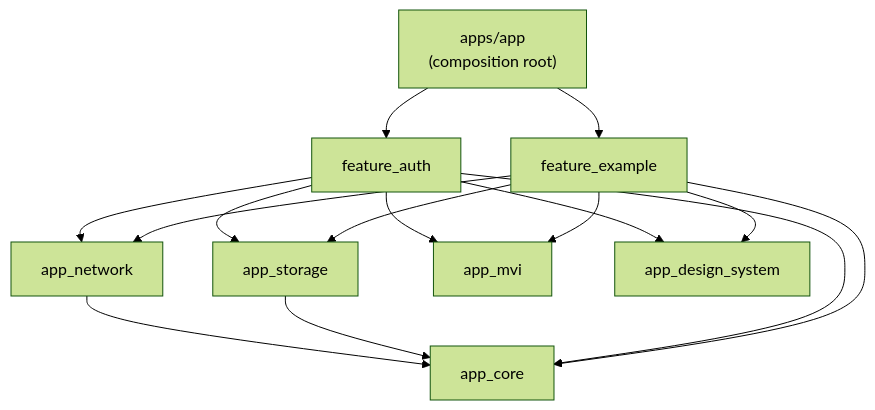
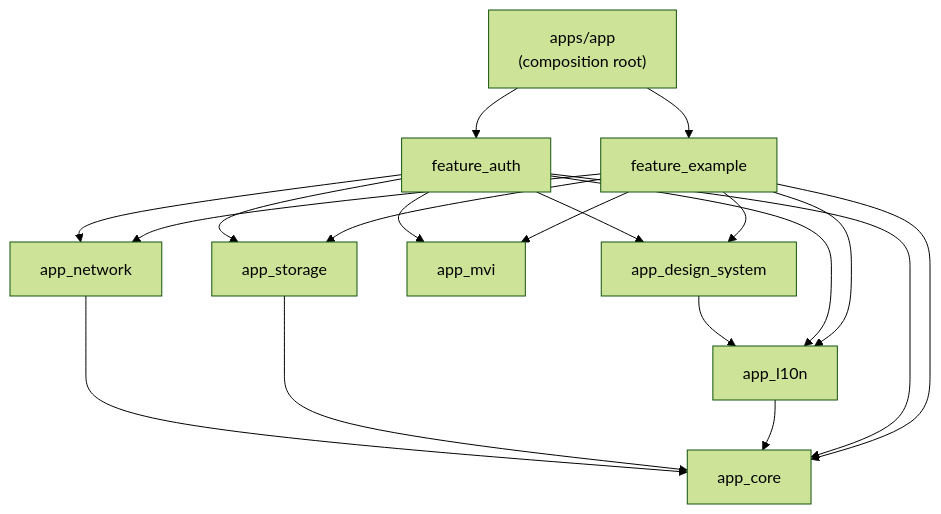
One commit to jdh213/flutter_architecture changed the diagram in docs/ARCHITECTURE.md. Above: the diagram before and after it, drawn with Mermaid (forest theme). The commit also changed other lines of this file and 68 other files, not shown here.

````diff
--- a/docs/ARCHITECTURE.md
+++ b/docs/ARCHITECTURE.md
@@ -5,17 +5,21 @@
 ```mermaid
 graph TD
     APP["apps/app<br/>(composition root)"] --> FA["feature_auth"]
     APP --> FE["feature_example"]
     FA --> NET["app_network"]
     FA --> STO["app_storage"]
     FA --> MVI["app_mvi"]
     FA --> DS["app_design_system"]
     FE --> NET
     FE --> STO
     FE --> MVI
     FE --> DS
+    DS --> L10N["app_l10n"]
+    FA --> L10N
+    FE --> L10N
     NET --> CORE["app_core"]
     STO --> CORE
+    L10N --> CORE
     FA --> CORE
     FE --> CORE
 ```
````
